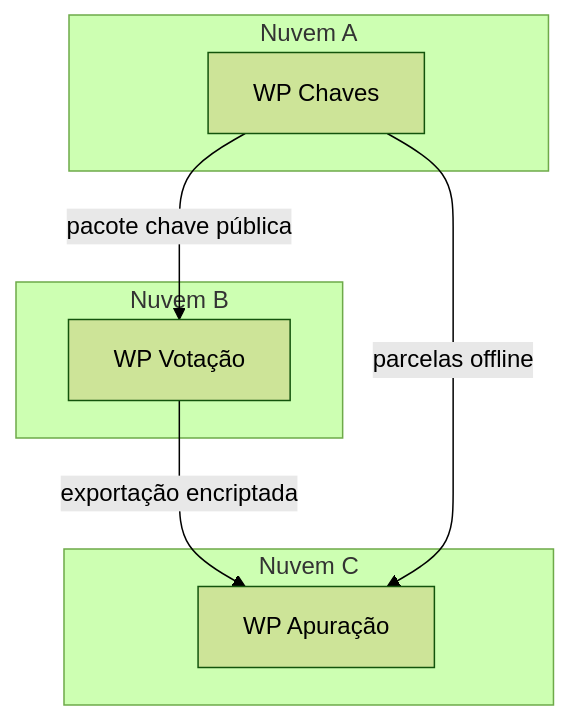
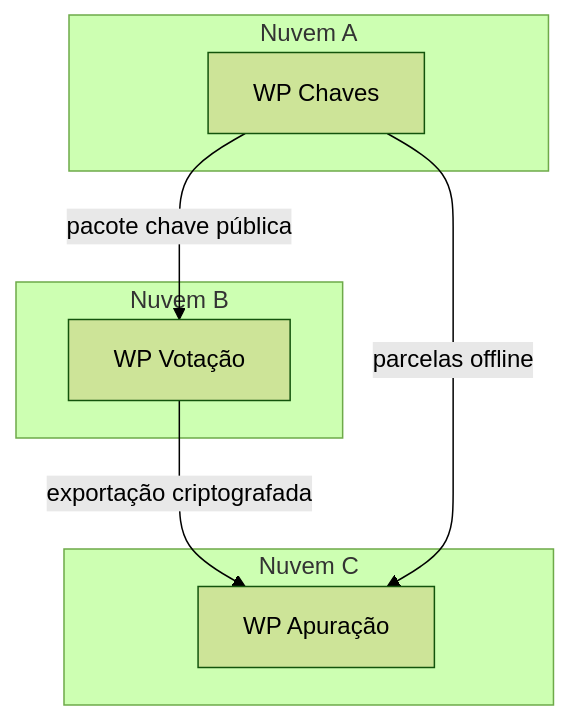
Before and after one commit to mleocunha/mleocunha: the diagram in relatasoft-secure-election-suite/docs/conhecimento/implantacao-3wp.md, drawn with Mermaid (forest theme). The commit also changed other lines of this file and 17 other files, not shown here.

````diff
--- a/relatasoft-secure-election-suite/docs/conhecimento/implantacao-3wp.md
+++ b/relatasoft-secure-election-suite/docs/conhecimento/implantacao-3wp.md
@@ -17,15 +17,15 @@
 ```mermaid
 flowchart TB
   subgraph C1[Nuvem A]
     KA[WP Chaves]
   end
   subgraph C2[Nuvem B]
     VT[WP Votação]
   end
   subgraph C3[Nuvem C]
     TL[WP Apuração]
   end
   KA -->|pacote chave pública| VT
-  VT -->|exportação encriptada| TL
+  VT -->|exportação criptografada| TL
   KA -->|parcelas offline| TL
 ```
````
